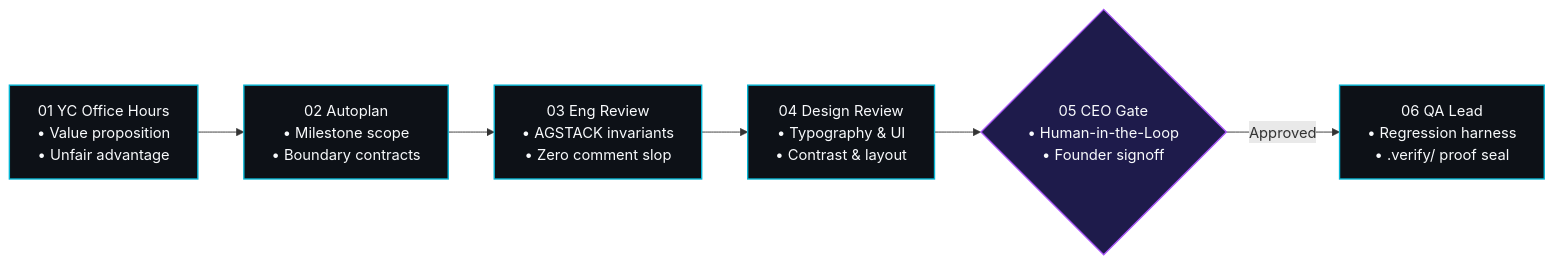
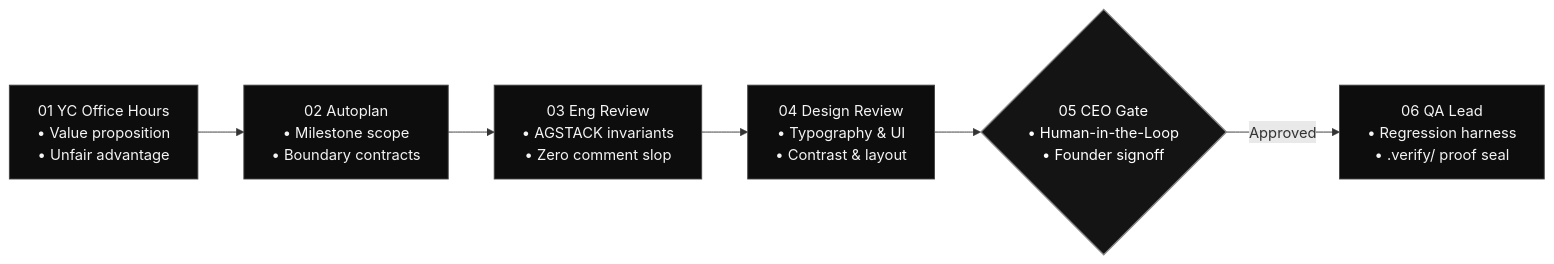
Before and after one commit to autonomic-ai-dev/website: the diagram in src/routes/docs/gstack/+page.md, drawn with Mermaid. The commit also changed other lines of this file and 20 other files, not shown here.

First line of the commit message:
feat(ui): animate background, sync nav & footer, showcase brew & cargo, and fix monochromatic mermaid charts (#25)

````diff
--- a/src/routes/docs/gstack/+page.md
+++ b/src/routes/docs/gstack/+page.md
@@ -31,13 +31,13 @@
 ```mermaid
 flowchart LR
     YC["01 YC Office Hours\n• Value proposition\n• Unfair advantage"] --> Plan["02 Autoplan\n• Milestone scope\n• Boundary contracts"]
     Plan --> Eng["03 Eng Review\n• AGSTACK invariants\n• Zero comment slop"]
     Eng --> Des["04 Design Review\n• Typography & UI\n• Contrast & layout"]
     Des --> Gate{"05 CEO Gate\n• Human-in-the-Loop\n• Founder signoff"}
     Gate -->|Approved| QA["06 QA Lead\n• Regression harness\n• .verify/ proof seal"]
 
-    classDef stageNode fill:#0d1117,stroke:#06b6d4,stroke-width:1.5px,color:#f8fafc;
-    classDef gateNode fill:#1e1b4b,stroke:#a855f7,stroke-width:1.5px,color:#f8fafc;
+    classDef stageNode fill:#0d0d0d,stroke:#444444,stroke-width:1px,color:#f4f4f5;
+    classDef gateNode fill:#141414,stroke:#888888,stroke-width:1.5px,color:#ffffff;
     class YC,Plan,Eng,Des,QA stageNode;
     class Gate gateNode;
 ```
````
